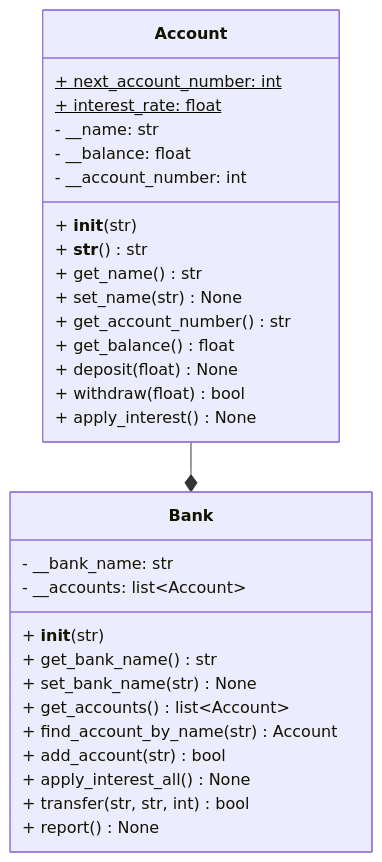
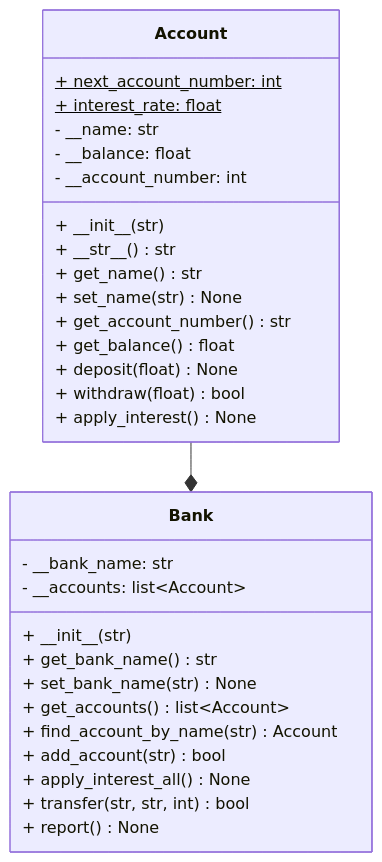
Before and after one commit to isf-dp-cs/isf-dp-cs.github.io: the third of 5 diagrams in content/new_syllabus/unit_03_oop/02_encapsulation/_index.md, drawn with Mermaid. The commit also changed other lines of this file and 2 other files, not shown here.

Commit message:
trying to figure out mermaid underline issue

```diff
--- a/content/new_syllabus/unit_03_oop/02_encapsulation/_index.md
+++ b/content/new_syllabus/unit_03_oop/02_encapsulation/_index.md
@@ -143,37 +143,37 @@
 {{< mermaid >}}
 
 classDiagram
     class Account {
         + next_account_number: int$
         + interest_rate: float$
         - __name: str
         - __balance: float
         - __account_number: int
-        + __init__(str)
-        + __str__() str
+        + \_\_init__(str)
+        + \_\_str__() str
         + get_name() str
         + set_name(str) None
         + get_account_number() str
         + get_balance() float
         + deposit(float) None
         + withdraw(float) bool
         + apply_interest() None
     }
 
     class Bank {
         - __bank_name: str
         - __accounts: list~Account~
-        + __init__(str)
+        + \_\_init__(str)
         + get_bank_name() str
         + set_bank_name(str) None
         + get_accounts() list~Account~
         + find_account_by_name(str) Account
         + add_account(str) bool
         + apply_interest_all() None
         + transfer(str, str, int) bool
         + report() None
     } 
 
     Account --* Bank
    
 {{< /mermaid >}}
```
